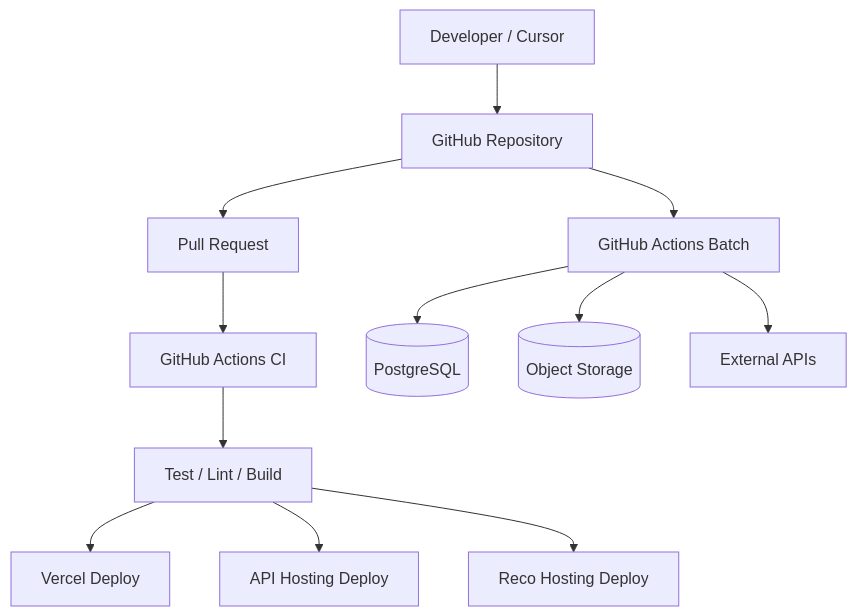
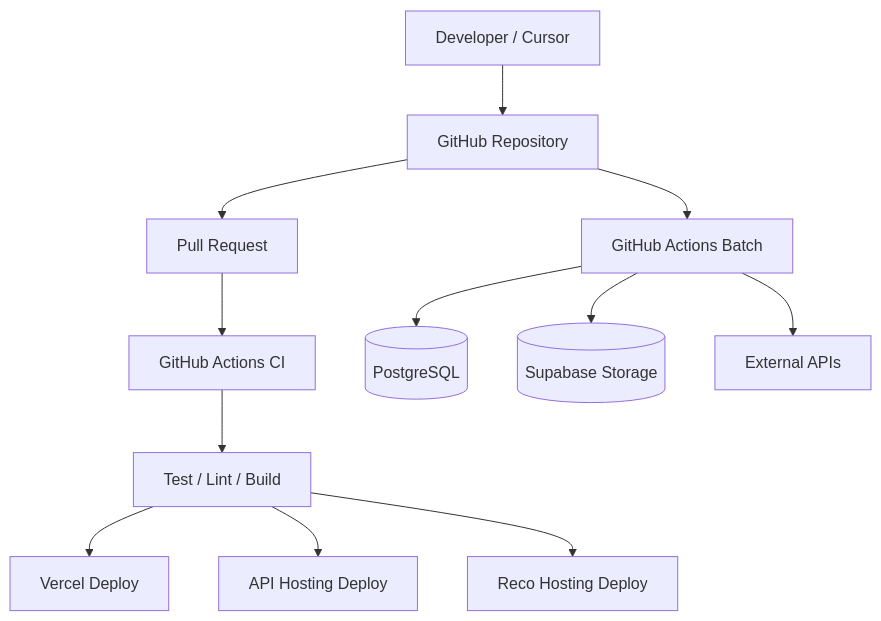
The sixth of 7 diagrams in docs/05_アプリケーション設計/基盤/システム物理構成図.md (ryo-chan-k6/GiftRecommendAPP_MVP_CYCLE_3), drawn with Mermaid before and after one commit. The commit also changed other lines of this file, not shown here.

Commit message:
docs: システム物理構成図をSupabase前提へ整合

````diff
--- a/docs/05_アプリケーション設計/基盤/システム物理構成図.md
+++ b/docs/05_アプリケーション設計/基盤/システム物理構成図.md
@@ -559,18 +560,18 @@
 ```mermaid
 flowchart TD
 
     DEV[Developer / Cursor] --> GIT[GitHub Repository]
     GIT --> PR[Pull Request]
 
     PR --> CI[GitHub Actions CI]
     CI --> TEST[Test / Lint / Build]
 
     TEST --> WEB_DEPLOY[Vercel Deploy]
     TEST --> API_DEPLOY[API Hosting Deploy]
     TEST --> RECO_DEPLOY[Reco Hosting Deploy]
 
     GIT --> BATCH[GitHub Actions Batch]
     BATCH --> DB[(PostgreSQL)]
-    BATCH --> OBJ[(Object Storage)]
+    BATCH --> OBJ[(Supabase Storage)]
     BATCH --> EXT[External APIs]
 ```
````
